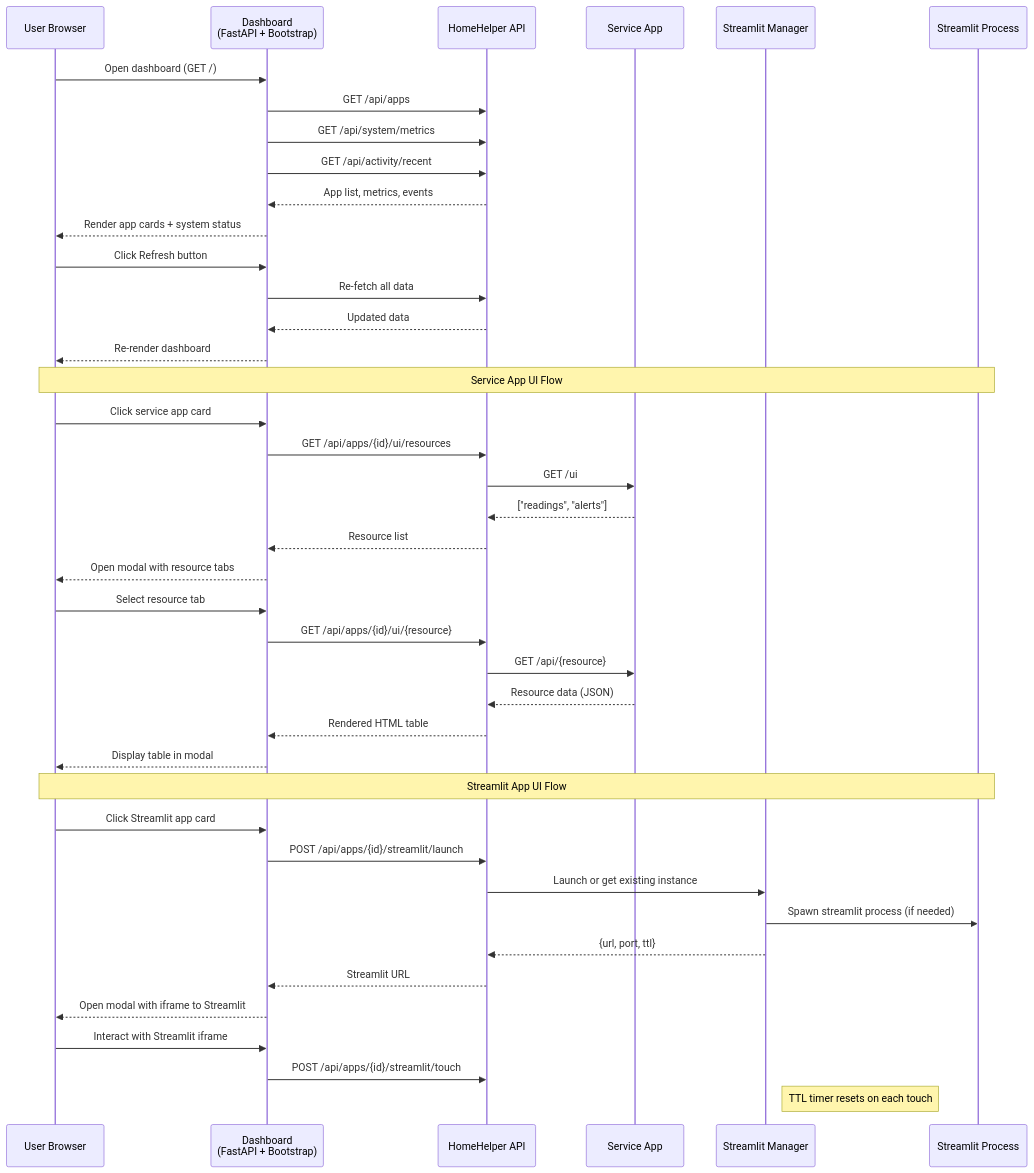
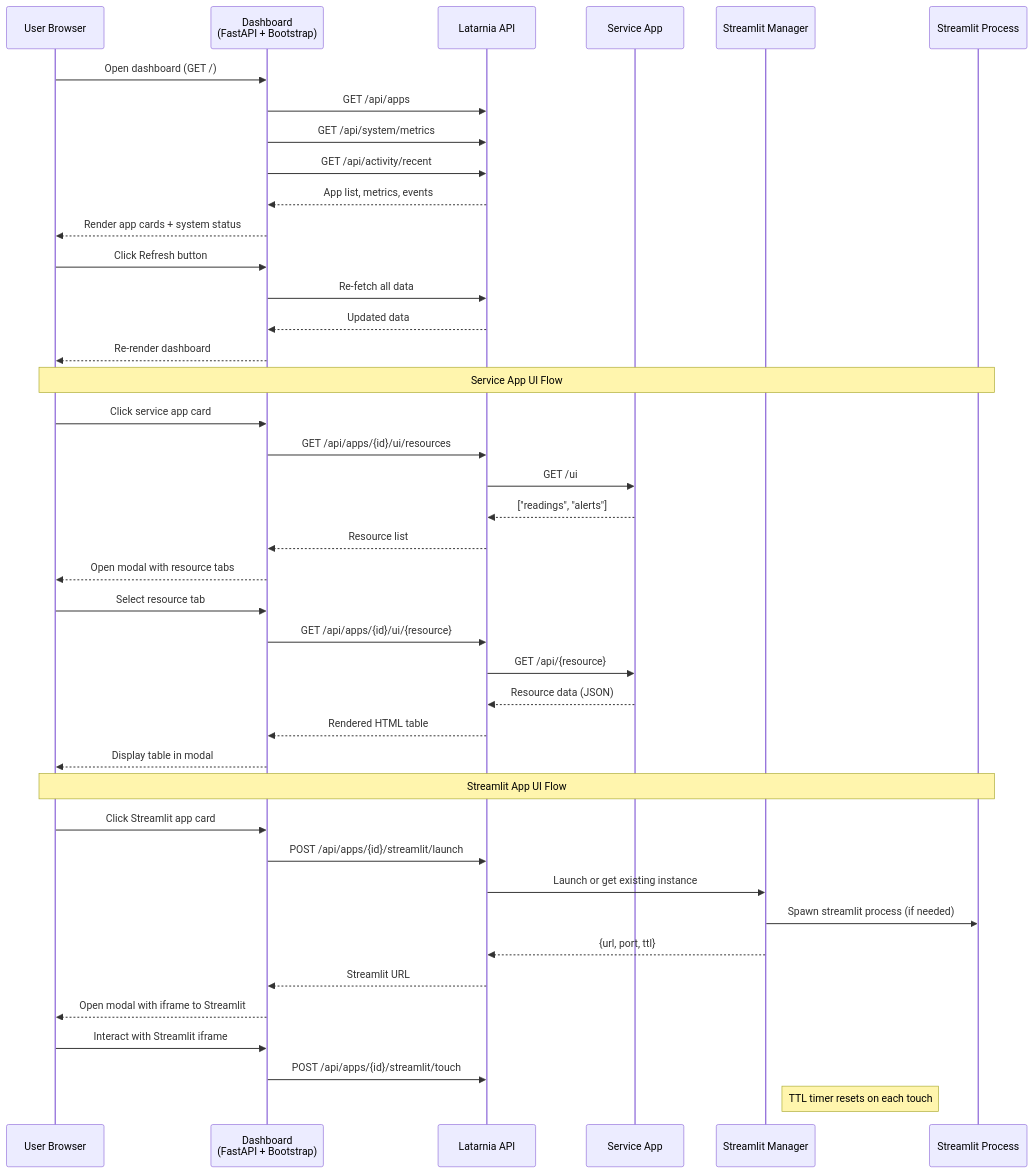
One commit to felipe-stanham/HomeHelper changed the third of 5 diagrams in docs/System/workflows.md. Above: the diagram before and after it, drawn with Mermaid. The commit also changed other lines of this file and 49 other files, not shown here.

First line of the commit message:
Rename platform from HomeHelper to Latarnia (P-0002 Scope 1)

````diff
--- a/docs/System/workflows.md
+++ b/docs/System/workflows.md
@@ -77,51 +77,51 @@
 ```mermaid
 sequenceDiagram
     participant User as User Browser
     participant Dash as Dashboard<br/>(FastAPI + Bootstrap)
-    participant API as HomeHelper API
+    participant API as Latarnia API
     participant SvcApp as Service App
     participant StMgr as Streamlit Manager
     participant StApp as Streamlit Process
 
     User->>Dash: Open dashboard (GET /)
     Dash->>API: GET /api/apps
     Dash->>API: GET /api/system/metrics
     Dash->>API: GET /api/activity/recent
     API-->>Dash: App list, metrics, events
     Dash-->>User: Render app cards + system status
 
     User->>Dash: Click Refresh button
     Dash->>API: Re-fetch all data
     API-->>Dash: Updated data
     Dash-->>User: Re-render dashboard
 
     Note over User,StApp: Service App UI Flow
 
     User->>Dash: Click service app card
     Dash->>API: GET /api/apps/{id}/ui/resources
     API->>SvcApp: GET /ui
     SvcApp-->>API: ["readings", "alerts"]
     API-->>Dash: Resource list
     Dash-->>User: Open modal with resource tabs
 
     User->>Dash: Select resource tab
     Dash->>API: GET /api/apps/{id}/ui/{resource}
     API->>SvcApp: GET /api/{resource}
     SvcApp-->>API: Resource data (JSON)
     API-->>Dash: Rendered HTML table
     Dash-->>User: Display table in modal
 
     Note over User,StApp: Streamlit App UI Flow
 
     User->>Dash: Click Streamlit app card
     Dash->>API: POST /api/apps/{id}/streamlit/launch
     API->>StMgr: Launch or get existing instance
     StMgr->>StApp: Spawn streamlit process (if needed)
     StMgr-->>API: {url, port, ttl}
     API-->>Dash: Streamlit URL
     Dash-->>User: Open modal with iframe to Streamlit
 
     User->>Dash: Interact with Streamlit iframe
     Dash->>API: POST /api/apps/{id}/streamlit/touch
     Note right of StMgr: TTL timer resets on each touch
 ```
````
